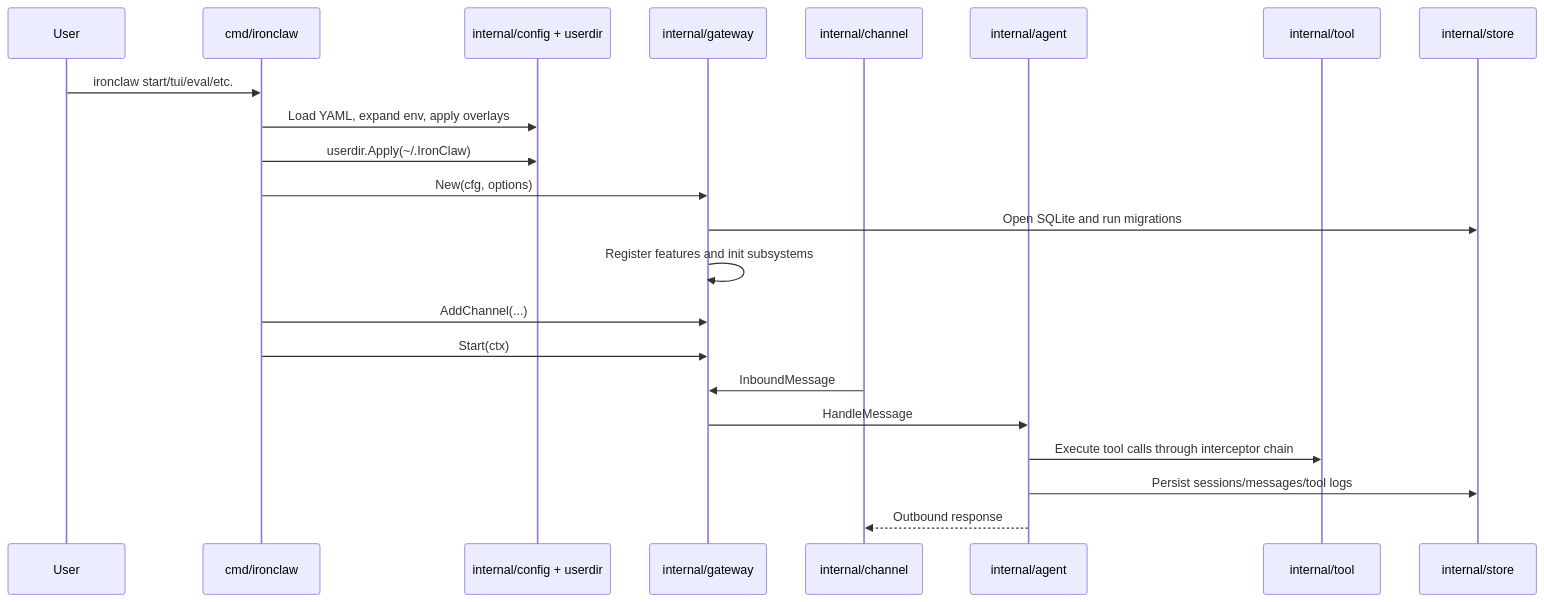
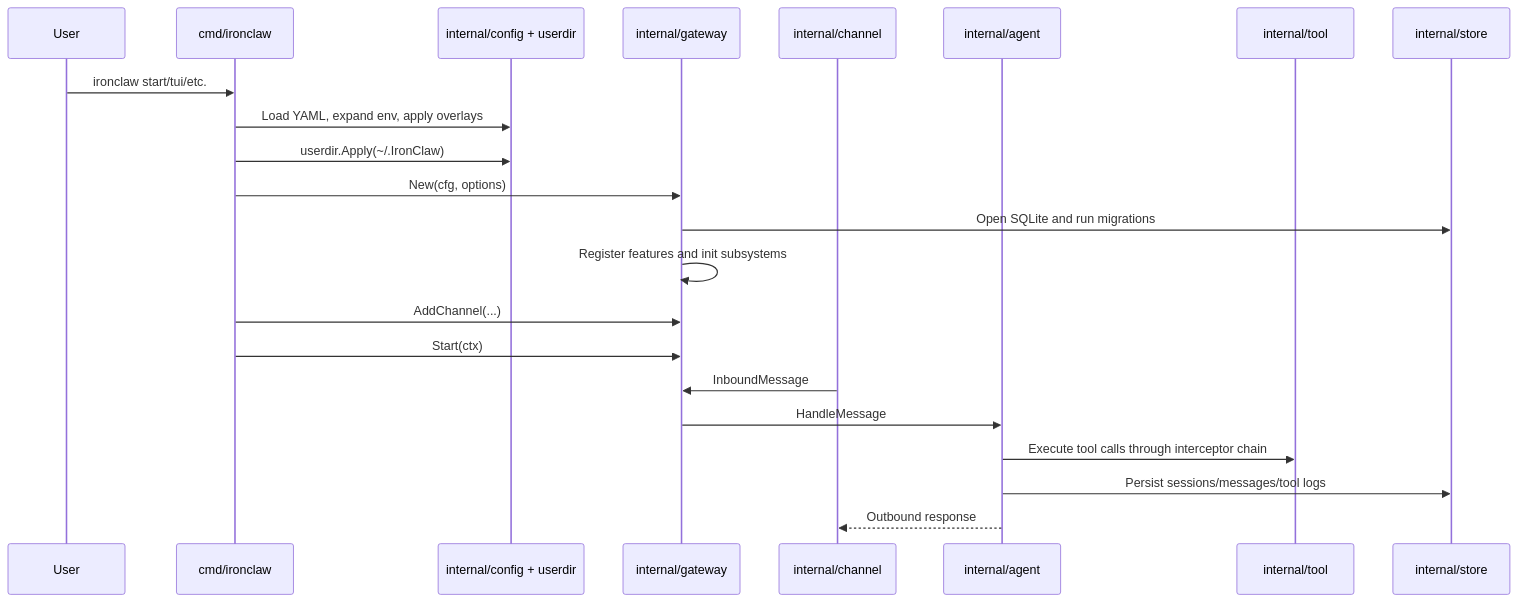
One commit to Forest-Isle/daimon changed the first of 3 diagrams in docs/01-system-architecture.md. Above: the diagram before and after it, drawn with Mermaid. The commit also changed other lines of this file and 61 other files, not shown here.

First line of the commit message:
refactor: remove eval subsystem and CLI commands

````diff
--- a/docs/01-system-architecture.md
+++ b/docs/01-system-architecture.md
@@ -7,25 +7,25 @@
 ```mermaid
 sequenceDiagram
     participant User
     participant CLI as cmd/ironclaw
     participant Config as internal/config + userdir
     participant Gateway as internal/gateway
     participant Channel as internal/channel
     participant Agent as internal/agent
     participant Tools as internal/tool
     participant Store as internal/store
 
-    User->>CLI: ironclaw start/tui/eval/etc.
+    User->>CLI: ironclaw start/tui/etc.
     CLI->>Config: Load YAML, expand env, apply overlays
     CLI->>Config: userdir.Apply(~/.IronClaw)
     CLI->>Gateway: New(cfg, options)
     Gateway->>Store: Open SQLite and run migrations
     Gateway->>Gateway: Register features and init subsystems
     CLI->>Gateway: AddChannel(...)
     CLI->>Gateway: Start(ctx)
     Channel->>Gateway: InboundMessage
     Gateway->>Agent: HandleMessage
     Agent->>Tools: Execute tool calls through interceptor chain
     Agent->>Store: Persist sessions/messages/tool logs
     Agent-->>Channel: Outbound response
 ```
````
